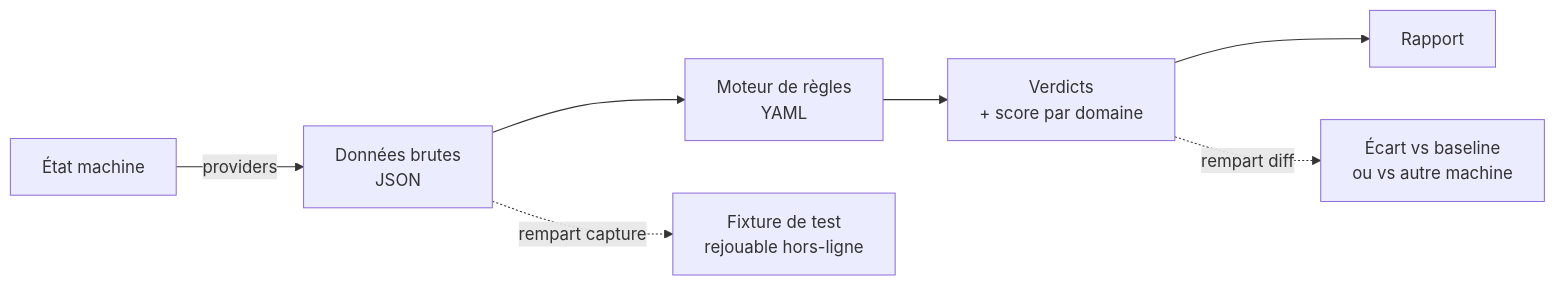
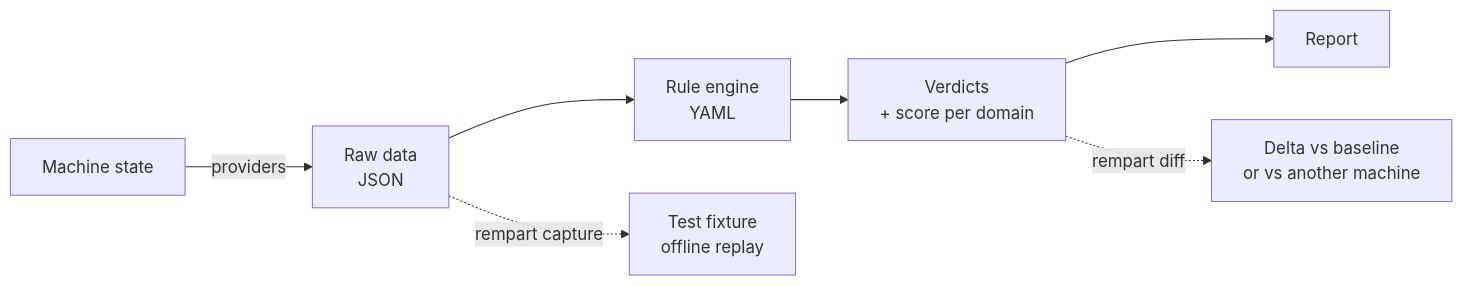
One commit to naoutix/rempart changed the second of 3 diagrams in docs/ARCHITECTURE.md. Above: the diagram before and after it, drawn with Mermaid. The commit also changed other lines of this file and 1 other file, not shown here.

First line of the commit message:
Translate ARCHITECTURE.md and BUILD.md to English (#61)

````diff
--- a/docs/ARCHITECTURE.md
+++ b/docs/ARCHITECTURE.md
@@ -54,9 +55,9 @@
 ```mermaid
 flowchart LR
-    A["État machine"] -->|providers| B["Données brutes<br/>JSON"]
-    B --> C["Moteur de règles<br/>YAML"]
-    C --> D["Verdicts<br/>+ score par domaine"]
-    D --> E["Rapport"]
-    B -.->|rempart capture| F["Fixture de test<br/>rejouable hors-ligne"]
-    D -.->|rempart diff| G["Écart vs baseline<br/>ou vs autre machine"]
+    A["Machine state"] -->|providers| B["Raw data<br/>JSON"]
+    B --> C["Rule engine<br/>YAML"]
+    C --> D["Verdicts<br/>+ score per domain"]
+    D --> E["Report"]
+    B -.->|rempart capture| F["Test fixture<br/>offline replay"]
+    D -.->|rempart diff| G["Delta vs baseline<br/>or vs another machine"]
 ```
````
